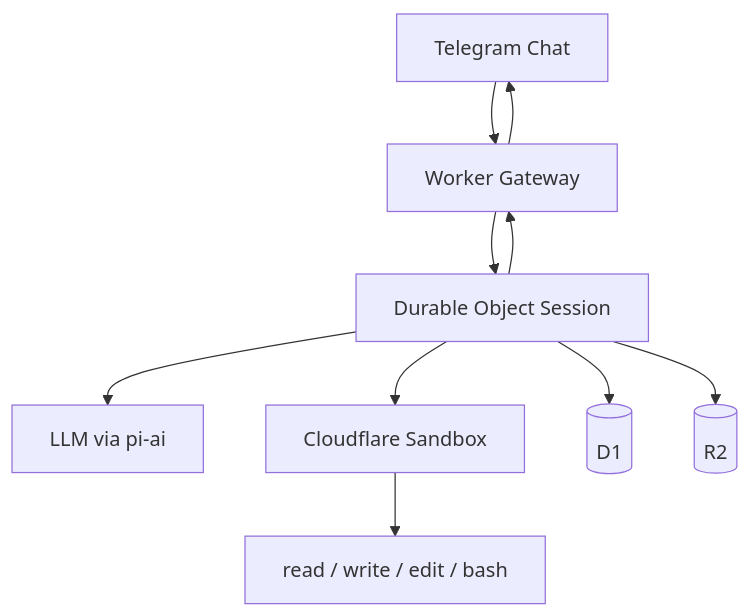
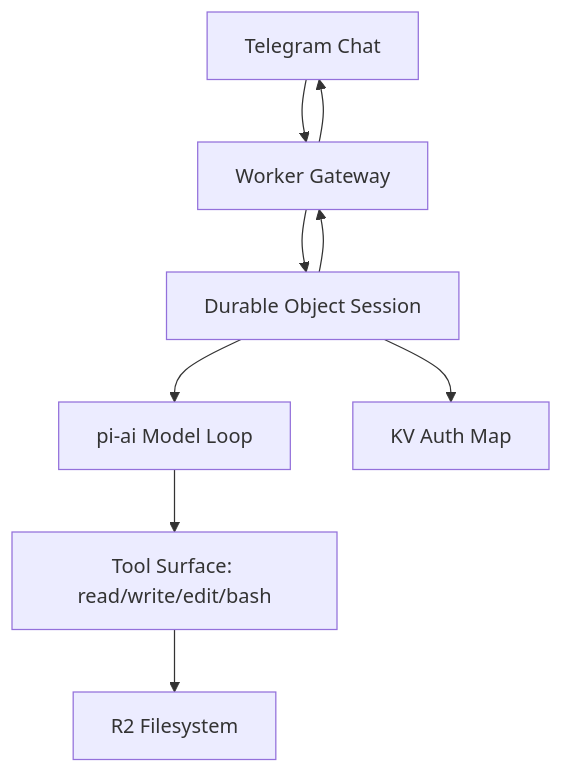
Before and after one commit to drevantonder/dreclaw: the diagram in README.md, drawn with Mermaid. The commit also changed other lines of this file and 1 other file, not shown here.

Commit message:
docs: update v0 architecture and security model

````diff
--- a/README.md
+++ b/README.md
@@ -16,11 +18,10 @@
 ```mermaid
 flowchart TD
   U[Telegram Chat] --> W[Worker Gateway]
   W --> DO[Durable Object Session]
-  DO --> L[LLM via pi-ai]
-  DO --> S[Cloudflare Sandbox]
-  S --> T[read / write / edit / bash]
-  DO --> D[(D1)]
-  DO --> R[(R2)]
+  DO --> M[pi-ai Model Loop]
+  M --> T[Tool Surface: read/write/edit/bash]
+  T --> FS[R2 Filesystem]
+  DO --> KV[KV Auth Map]
   DO --> W --> U
 ```
````
